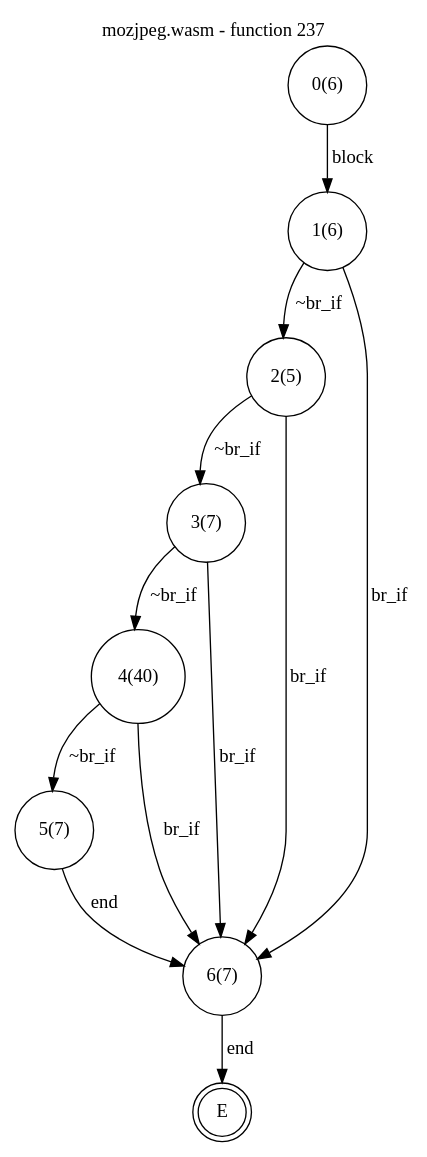
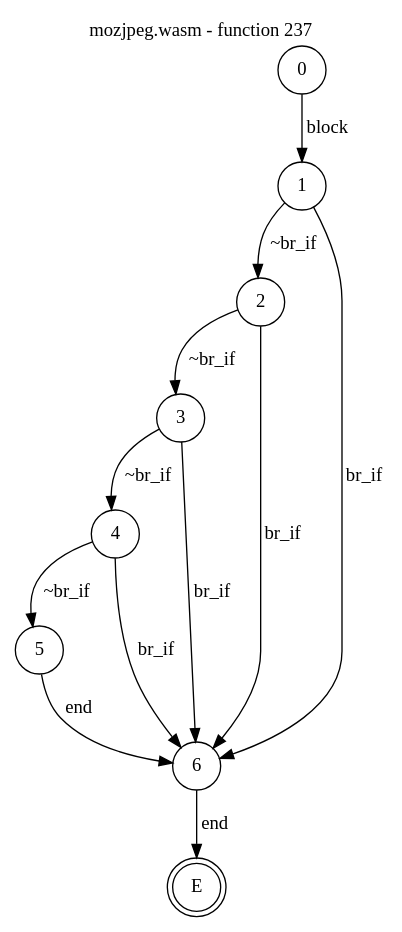
One commit to jsCarleton/wanalyze changed the diagram in test_cases/mozjpeg/funcs/mozjpeg-func237.dot. Above: the diagram before and after it, drawn with Graphviz. The commit also changed 531 other files, not shown here.

```diff
--- a/test_cases/mozjpeg/funcs/mozjpeg-func237.dot
+++ b/test_cases/mozjpeg/funcs/mozjpeg-func237.dot
@@ -1,27 +1,27 @@
 digraph finite_state_machine {
     label = "mozjpeg.wasm - function 237"
     labelloc =  t
     labelfontsize = 16
     labelfontcolor = black
     labelfontname = "Helvetica"
     node [shape = doublecircle]; E ;
-node [shape=circle, fontcolor=black, style="", label="0(6)"]0
-node [shape=circle, fontcolor=black, style="", label="1(6)"]1
-node [shape=circle, fontcolor=black, style="", label="2(5)"]2
-node [shape=circle, fontcolor=black, style="", label="3(7)"]3
-node [shape=circle, fontcolor=black, style="", label="4(40)"]4
-node [shape=circle, fontcolor=black, style="", label="5(7)"]5
-node [shape=circle, fontcolor=black, style="", label="6(7)"]6
+node [shape=circle, fontcolor=black, style="", label="0"]0
+node [shape=circle, fontcolor=black, style="", label="1"]1
+node [shape=circle, fontcolor=black, style="", label="2"]2
+node [shape=circle, fontcolor=black, style="", label="3"]3
+node [shape=circle, fontcolor=black, style="", label="4"]4
+node [shape=circle, fontcolor=black, style="", label="5"]5
+node [shape=circle, fontcolor=black, style="", label="6"]6
 node [shape=circle, fontcolor=black, style="", label="E"]E
     0 -> 1[label="block"];
     1 -> 2[label="~br_if"];
     1 -> 6[label="br_if"];
     2 -> 3[label="~br_if"];
     2 -> 6[label="br_if"];
     3 -> 4[label="~br_if"];
     3 -> 6[label="br_if"];
     4 -> 5[label="~br_if"];
     4 -> 6[label="br_if"];
     5 -> 6[label="end"];
     6 -> E[label="end"];
 }
```
